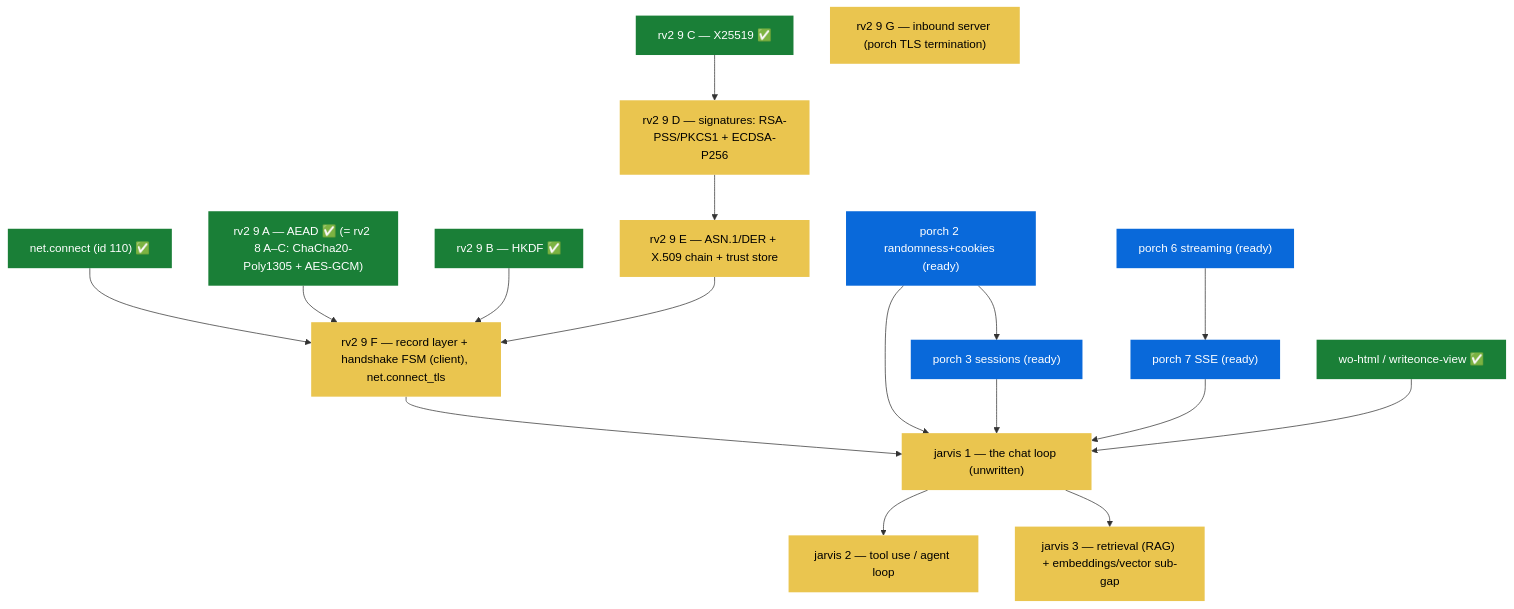
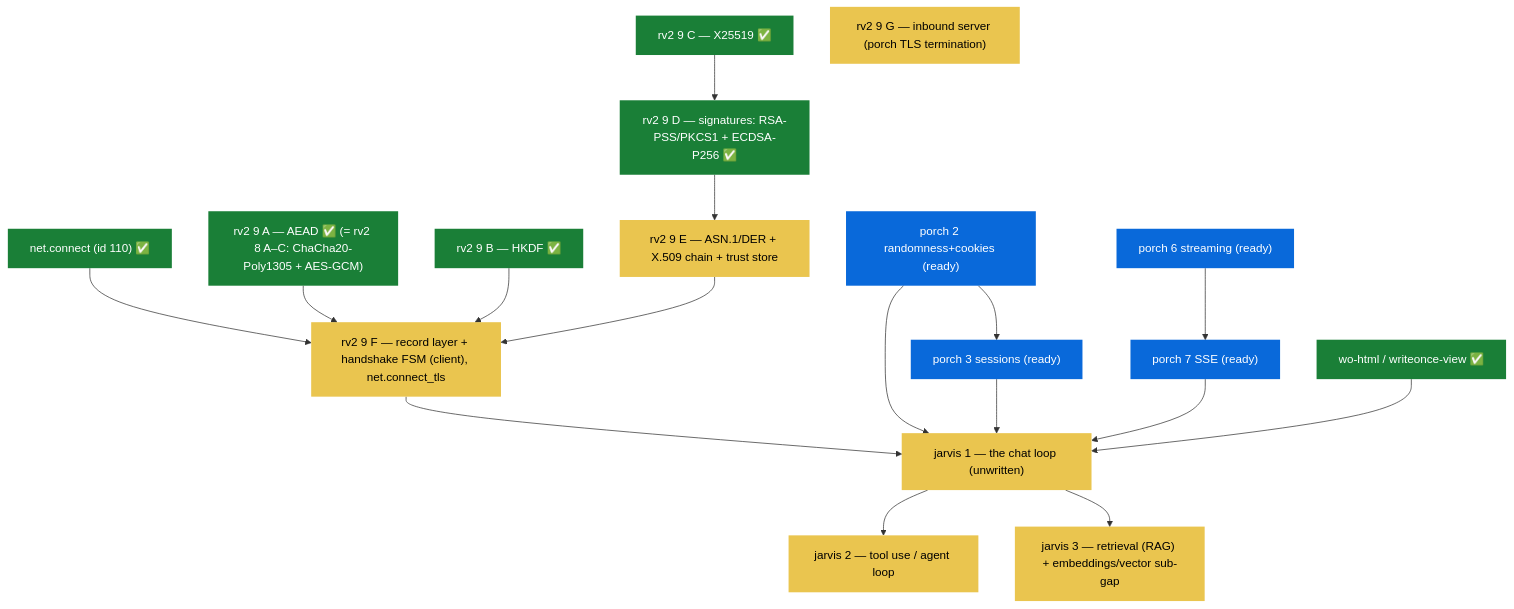
Before and after one commit to shoneyJ/writeonce: the eighth of 8 diagrams in docs/00-dependency-graph.md, drawn with Mermaid. The commit also changed other lines of this file and 3 other files, not shown here.

First line of the commit message:
docs(rv2-tls): rv2 9 phase D complete (RSA + ECDSA-P256 verify)

````diff
--- a/docs/00-dependency-graph.md
+++ b/docs/00-dependency-graph.md
@@ -434,42 +434,42 @@
 ```mermaid
 flowchart TD
     classDef done fill:#1a7f37,color:#fff,stroke:none
     classDef ready fill:#0969da,color:#fff,stroke:none
     classDef refine fill:#eac54f,color:#000,stroke:none
     classDef held fill:#6e7781,color:#fff,stroke:none
 
     NC["net.connect (id 110) ✅"]:::done
     A["rv2 9 A — AEAD ✅ (= rv2 8 A–C: ChaCha20-Poly1305 + AES-GCM)"]:::done
     B["rv2 9 B — HKDF ✅"]:::done
     C["rv2 9 C — X25519 ✅"]:::done
-    D["rv2 9 D — signatures: RSA-PSS/PKCS1 + ECDSA-P256"]:::refine
+    D["rv2 9 D — signatures: RSA-PSS/PKCS1 + ECDSA-P256 ✅"]:::done
     E["rv2 9 E — ASN.1/DER + X.509 chain + trust store"]:::refine
     F["rv2 9 F — record layer + handshake FSM (client), net.connect_tls"]:::refine
     G["rv2 9 G — inbound server (porch TLS termination)"]:::refine
 
     P2["porch 2 randomness+cookies (ready)"]:::ready
     P3["porch 3 sessions (ready)"]:::ready
     P6["porch 6 streaming (ready)"]:::ready
     P7["porch 7 SSE (ready)"]:::ready
     WOHTML["wo-html / writeonce-view ✅"]:::done
 
     J1["jarvis 1 — the chat loop (unwritten)"]:::refine
     J2["jarvis 2 — tool use / agent loop"]:::refine
     J3["jarvis 3 — retrieval (RAG) + embeddings/vector sub-gap"]:::refine
 
     NC --> F
     A --> F
     B --> F
     C --> D
     D --> E
     E --> F
     F --> J1
     P2 --> P3
     P6 --> P7
     P2 --> J1
     P3 --> J1
     P7 --> J1
     WOHTML --> J1
     J1 --> J2
     J1 --> J3
 ```
````
